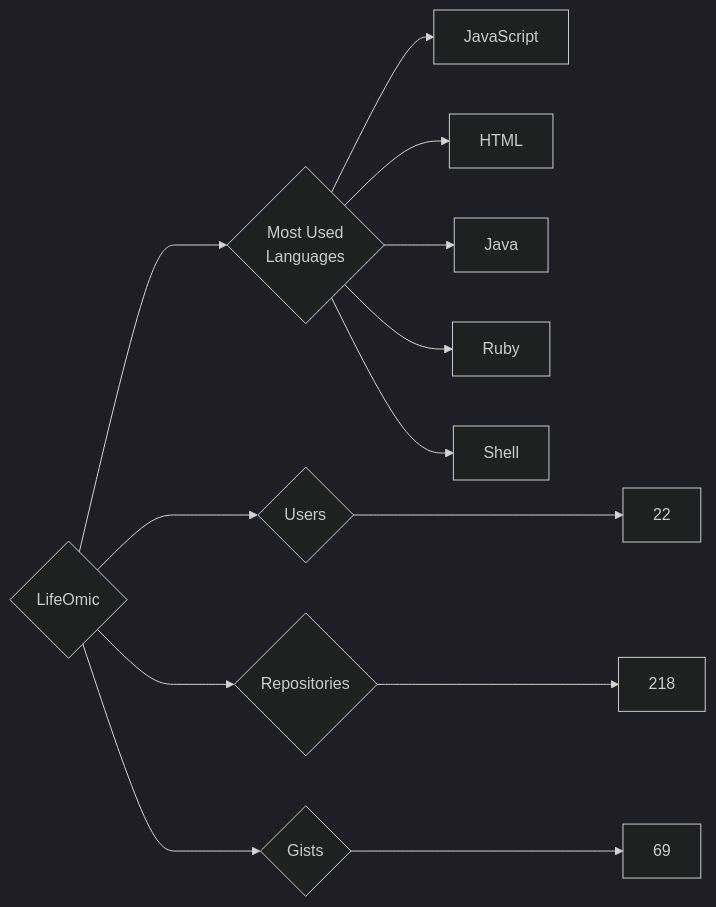
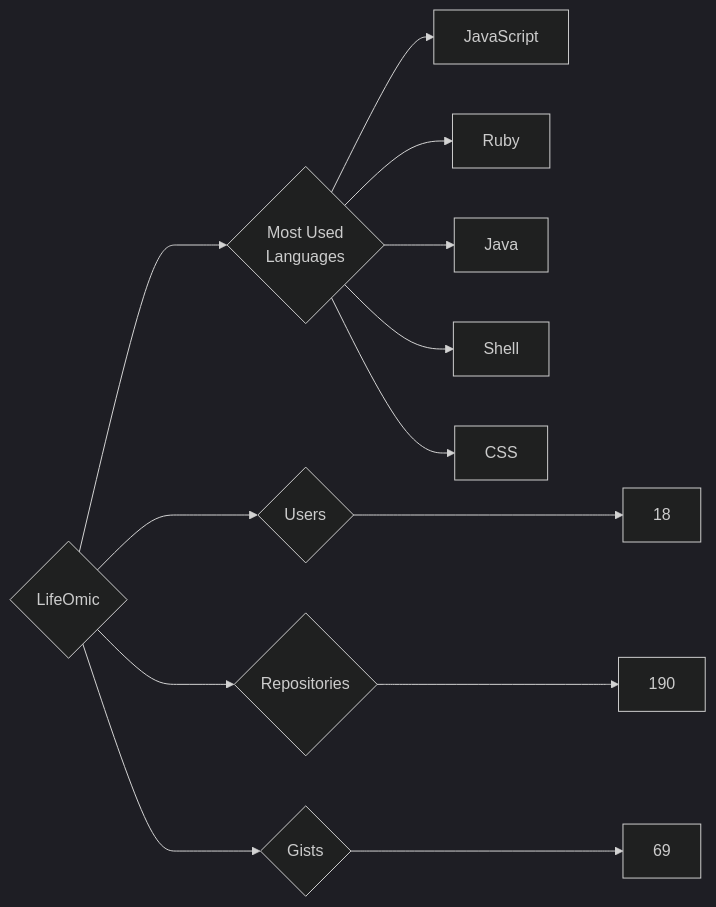
Before and after one commit to trickest/insiders: the diagram in targets/LifeOmic/README.md, drawn with Mermaid (dark theme). The commit also changed 870 other files, not shown here.

````diff
--- a/targets/LifeOmic/README.md
+++ b/targets/LifeOmic/README.md
@@ -3,13 +3,13 @@
 ```mermaid
 graph LR
 COMPANY_NAME{LifeOmic}
-COMPANY_NAME ---> U{Users} ---> UN[22]
-COMPANY_NAME ---> R{Repositories} ---> RN[218]
+COMPANY_NAME ---> U{Users} ---> UN[18]
+COMPANY_NAME ---> R{Repositories} ---> RN[190]
 COMPANY_NAME ---> G{Gists} ---> GN[69]
 COMPANY_NAME ---> ML{Most Used<br>Languages}
 ML --> JavaScript[JavaScript]
-ML --> HTML[HTML]
+ML --> Ruby[Ruby]
 ML --> Java[Java]
-ML --> Ruby[Ruby]
 ML --> Shell[Shell]
+ML --> CSS[CSS]
 ```
````
